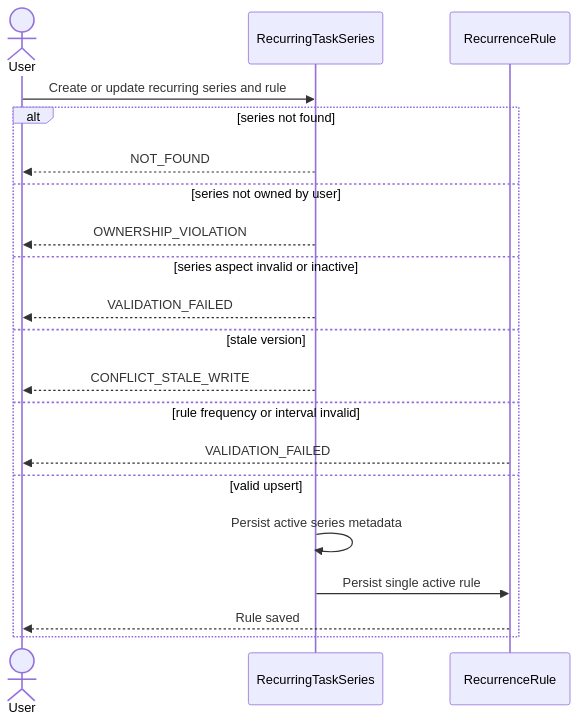
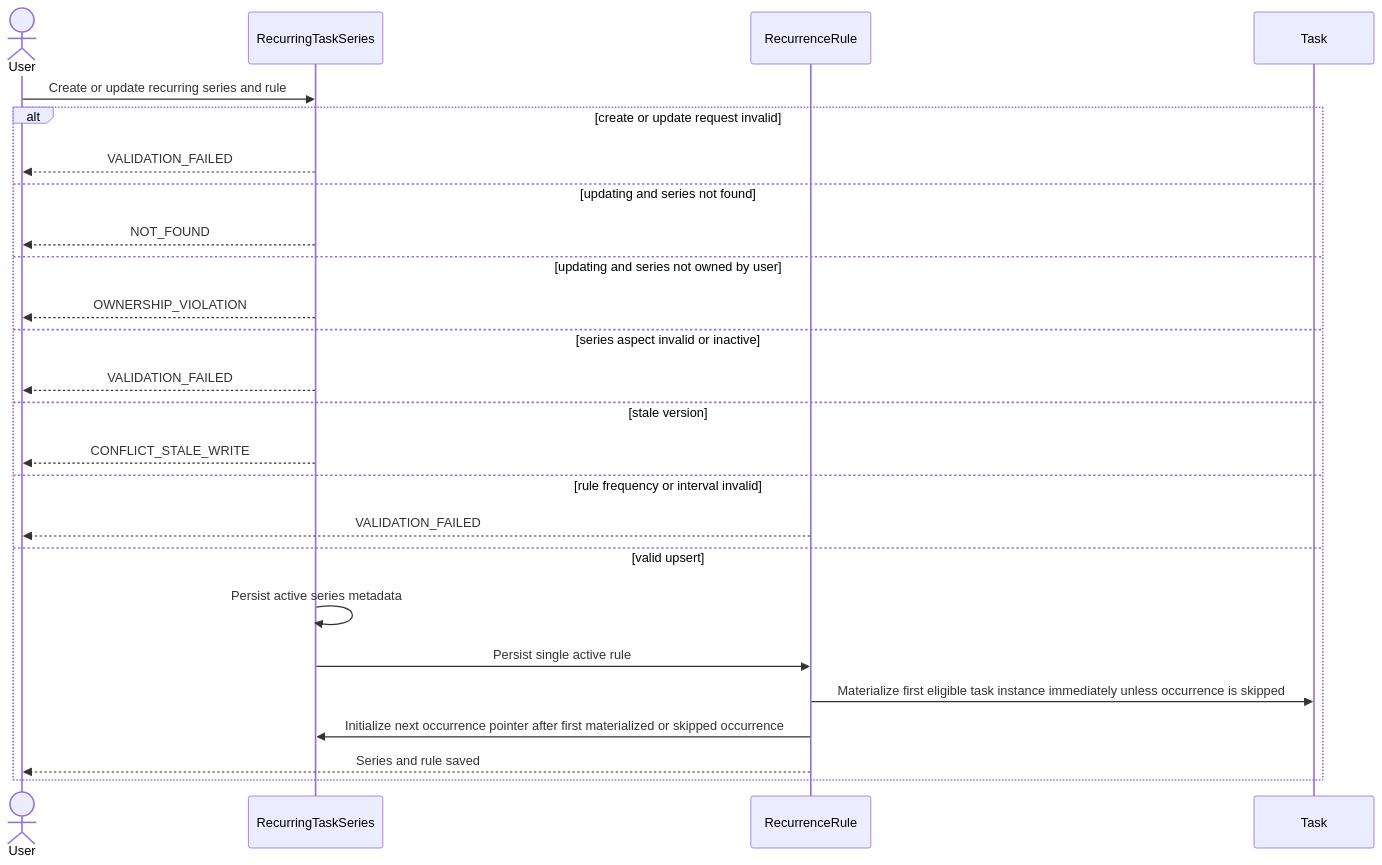
One commit to ChidiRnweke/margin changed diagram 12 of 16 in architecture/sequence-diagrams/03-tasks-recurrence.md. Above: the diagram before and after it, drawn with Mermaid. The commit also changed other lines of this file and 6 other files, not shown here.

Commit message:
feat: enhance domain model and planning sequences with deterministic scheduling and new recurrence rules

````diff
--- a/architecture/sequence-diagrams/03-tasks-recurrence.md
+++ b/architecture/sequence-diagrams/03-tasks-recurrence.md
@@ -284,22 +284,27 @@
 ```mermaid
 sequenceDiagram
     actor U as User
     participant S as RecurringTaskSeries
     participant C as RecurrenceRule
+    participant T as Task
     U->>S: Create or update recurring series and rule
-    alt series not found
+    alt create or update request invalid
+        S-->>U: VALIDATION_FAILED
+    else updating and series not found
         S-->>U: NOT_FOUND
-    else series not owned by user
+    else updating and series not owned by user
         S-->>U: OWNERSHIP_VIOLATION
     else series aspect invalid or inactive
         S-->>U: VALIDATION_FAILED
     else stale version
         S-->>U: CONFLICT_STALE_WRITE
     else rule frequency or interval invalid
         C-->>U: VALIDATION_FAILED
     else valid upsert
         S->>S: Persist active series metadata
         S->>C: Persist single active rule
-        C-->>U: Rule saved
+        C->>T: Materialize first eligible task instance immediately unless occurrence is skipped
+        C->>S: Initialize next occurrence pointer after first materialized or skipped occurrence
+        C-->>U: Series and rule saved
     end
 ```
````
